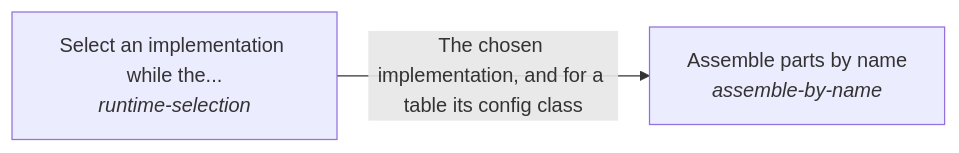
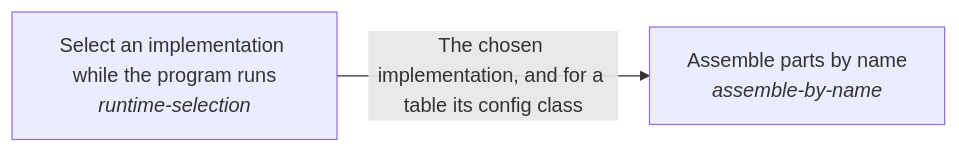
The diagram in implementations/python/esoi/esoi-runtime/README.md (JoshuaMathias/evolvable-structure), drawn with Mermaid before and after one commit. The commit also changed other lines of this file and 7 other files, not shown here.

````diff
--- a/implementations/python/esoi/esoi-runtime/README.md
+++ b/implementations/python/esoi/esoi-runtime/README.md
@@ -17,6 +17,6 @@
 ```mermaid
 flowchart LR
-    s0["Select an implementation while the...<br/><i>runtime-selection</i>"]
+    s0["Select an implementation while the program runs<br/><i>runtime-selection</i>"]
     s1["Assemble parts by name<br/><i>assemble-by-name</i>"]
     s0 -->|"The chosen implementation, and for a table its config class"| s1
 ```
````
